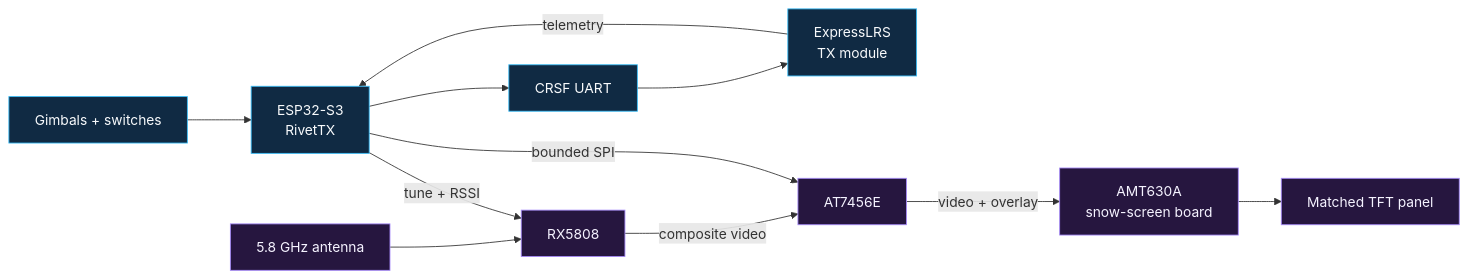
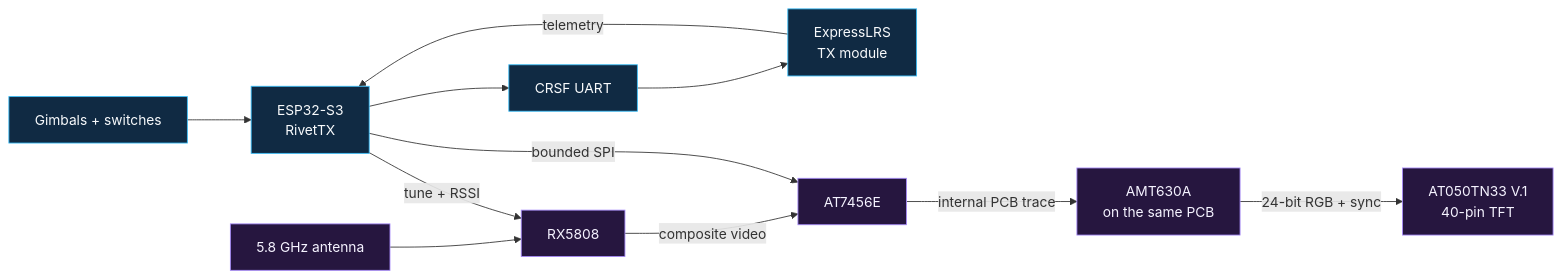
The diagram in README.md (Twotoz/OpenPocket), drawn with Mermaid before and after one commit. The commit also changed other lines of this file and 16 other files, not shown here.

````diff
--- a/README.md
+++ b/README.md
@@ -55,20 +55,20 @@
 ```mermaid
 flowchart LR
     A[Gimbals + switches] --> B[ESP32-S3<br/>RivetTX]
     B --> C[CRSF UART]
     C --> D[ExpressLRS<br/>TX module]
 
     E[5.8 GHz antenna] --> F[RX5808]
     F -->|composite video| G[AT7456E]
-    G -->|video + overlay| H[AMT630A<br/>snow-screen board]
-    H --> I[Matched TFT panel]
+    G -->|internal PCB trace| H[AMT630A<br/>on the same PCB]
+    H -->|24-bit RGB + sync| I[AT050TN33 V.1<br/>40-pin TFT]
 
     B -->|tune + RSSI| F
     B -->|bounded SPI| G
     D -->|telemetry| B
 
     classDef control fill:#102a43,stroke:#38bdf8,color:#f8fafc;
     classDef video fill:#26163f,stroke:#a78bfa,color:#f5f3ff;
     class A,B,C,D control;
     class E,F,G,H,I video;
 ```
````
